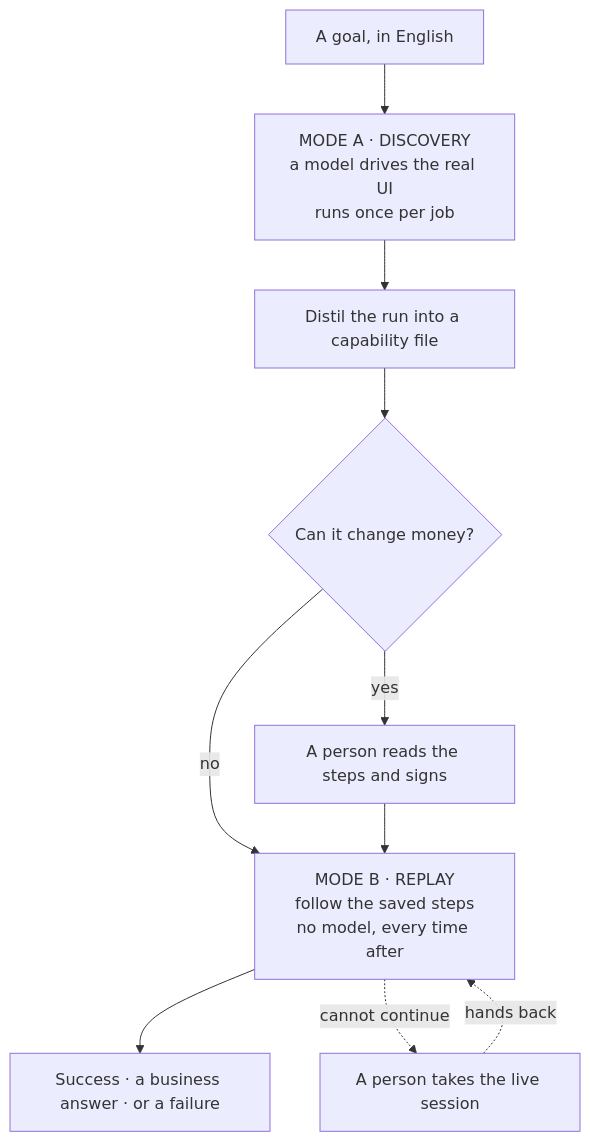
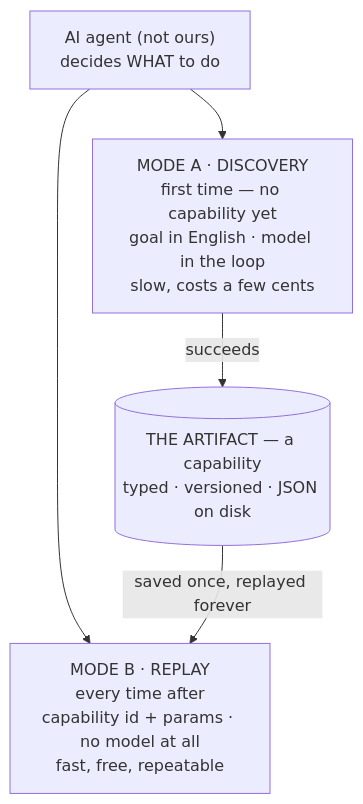
The first of 3 diagrams in README.md (Advaith789/aihands), drawn with Mermaid before and after one commit. The commit also changed other lines of this file, not shown here.

````diff
--- a/README.md
+++ b/README.md
@@ -130,14 +132,10 @@
 ```mermaid
 flowchart TB
-  G["A goal, in English"] --> A1
-  A1["MODE A · DISCOVERY<br/>a model drives the real UI<br/>runs once per job"]
-  A1 --> A2["Distil the run into a capability file"]
-  A2 --> Q{"Can it change money?"}
-  Q -->|no| B1
-  Q -->|yes| S["A person reads the steps and signs"]
-  S --> B1
-  B1["MODE B · REPLAY<br/>follow the saved steps<br/>no model, every time after"]
-  B1 --> O["Success · a business answer · or a failure"]
-  B1 -.->|cannot continue| H["A person takes the live session"]
-  H -.->|hands back| B1
+  AG["AI agent (not ours)<br/>decides WHAT to do"]
+  AG --> A
+  AG --> B
+  A["MODE A · DISCOVERY<br/>first time — no capability yet<br/>goal in English · model in the loop<br/>slow, costs a few cents"]
+  B["MODE B · REPLAY<br/>every time after<br/>capability id + params · no model at all<br/>fast, free, repeatable"]
+  A -->|succeeds| ART[("THE ARTIFACT — a capability<br/>typed · versioned · JSON on disk")]
+  ART -->|saved once, replayed forever| B
 ```
````
